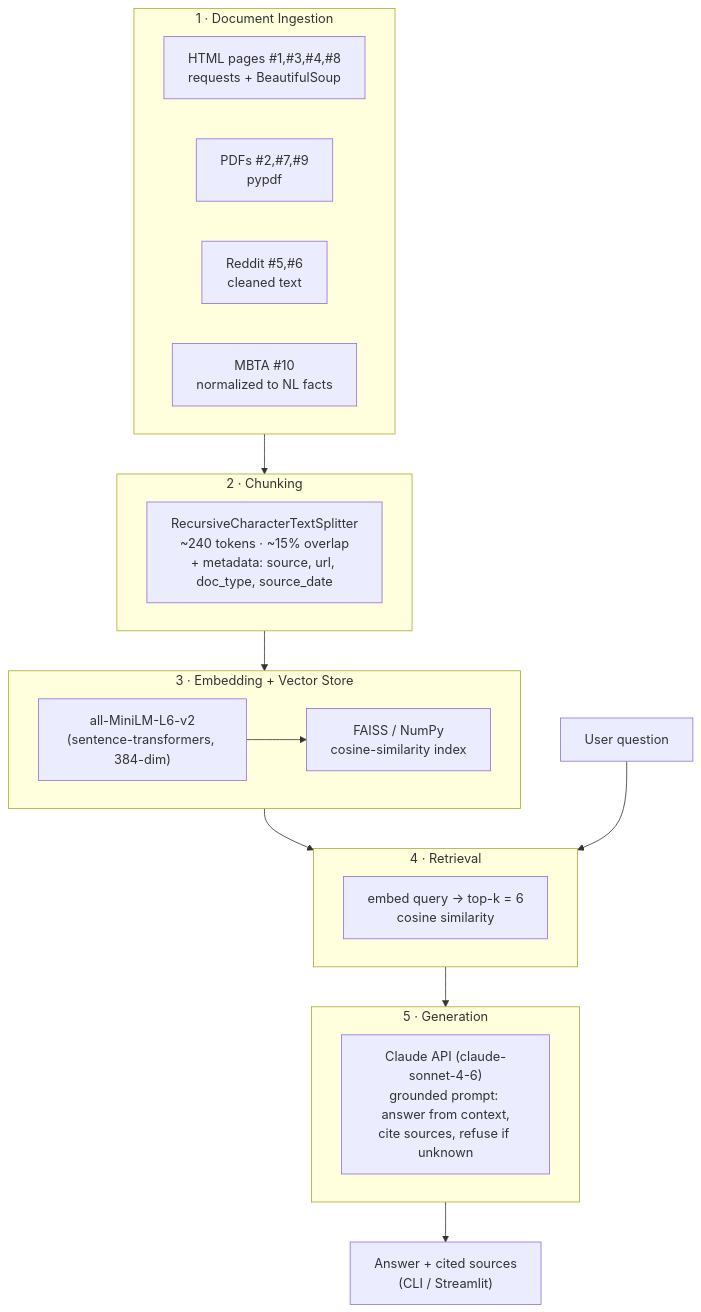
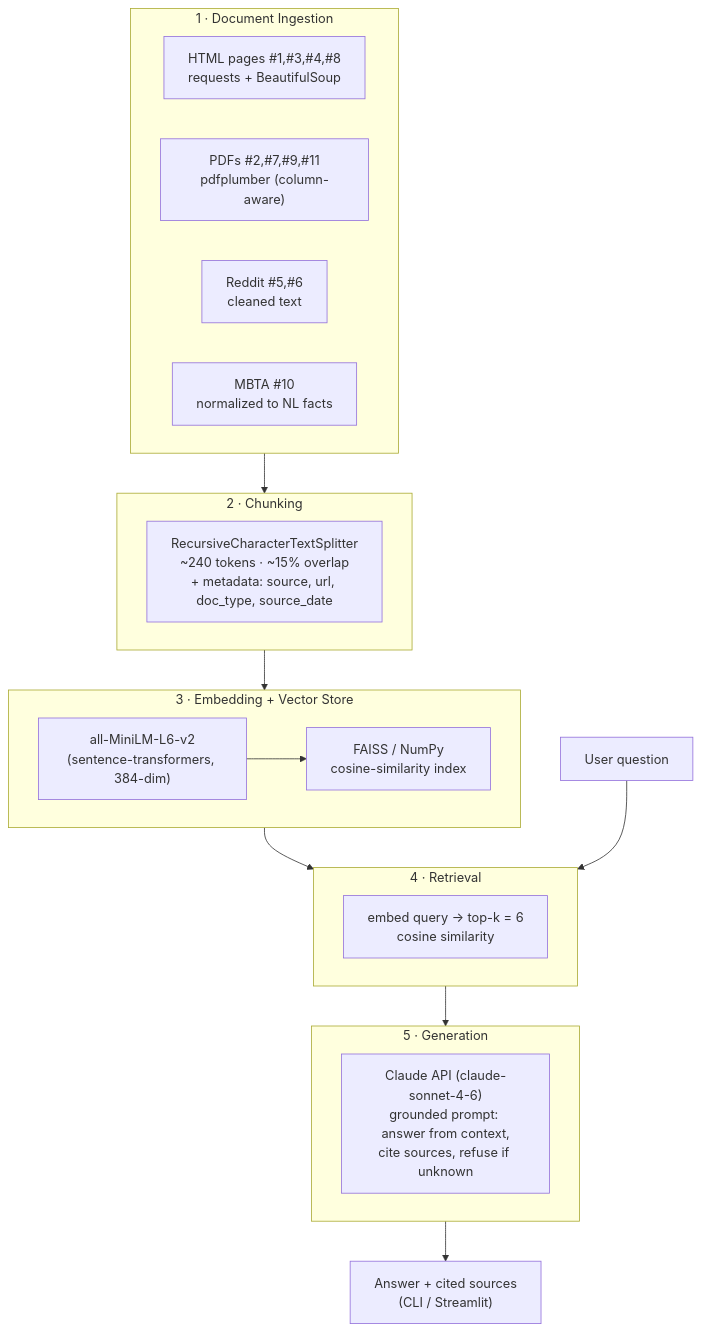
The diagram in planning.md (anuragparla/ai201-project1-unofficial-guide-starter), drawn with Mermaid before and after one commit. The commit also changed other lines of this file and 11 other files, not shown here.

````diff
--- a/planning.md
+++ b/planning.md
@@ -138,39 +139,39 @@
 ```mermaid
 flowchart TD
     subgraph S1["1 · Document Ingestion"]
         A1["HTML pages #1,#3,#4,#8<br/>requests + BeautifulSoup"]
-        A2["PDFs #2,#7,#9<br/>pypdf"]
+        A2["PDFs #2,#7,#9,#11<br/>pdfplumber (column-aware)"]
         A3["Reddit #5,#6<br/>cleaned text"]
         A4["MBTA #10<br/>normalized to NL facts"]
     end
 
     S1 --> S2
 
     subgraph S2["2 · Chunking"]
         B1["RecursiveCharacterTextSplitter<br/>~240 tokens · ~15% overlap<br/>+ metadata: source, url, doc_type, source_date"]
     end
 
     S2 --> S3
 
     subgraph S3["3 · Embedding + Vector Store"]
         C1["all-MiniLM-L6-v2<br/>(sentence-transformers, 384-dim)"]
         C2["FAISS / NumPy<br/>cosine-similarity index"]
         C1 --> C2
     end
 
     S3 --> S4
 
     Q["User question"] --> S4
 
     subgraph S4["4 · Retrieval"]
         D1["embed query → top-k = 6<br/>cosine similarity"]
     end
 
     S4 --> S5
 
     subgraph S5["5 · Generation"]
         E1["Claude API (claude-sonnet-4-6)<br/>grounded prompt: answer from context,<br/>cite sources, refuse if unknown"]
     end
 
     S5 --> OUT["Answer + cited sources<br/>(CLI / Streamlit)"]
 ```
````
